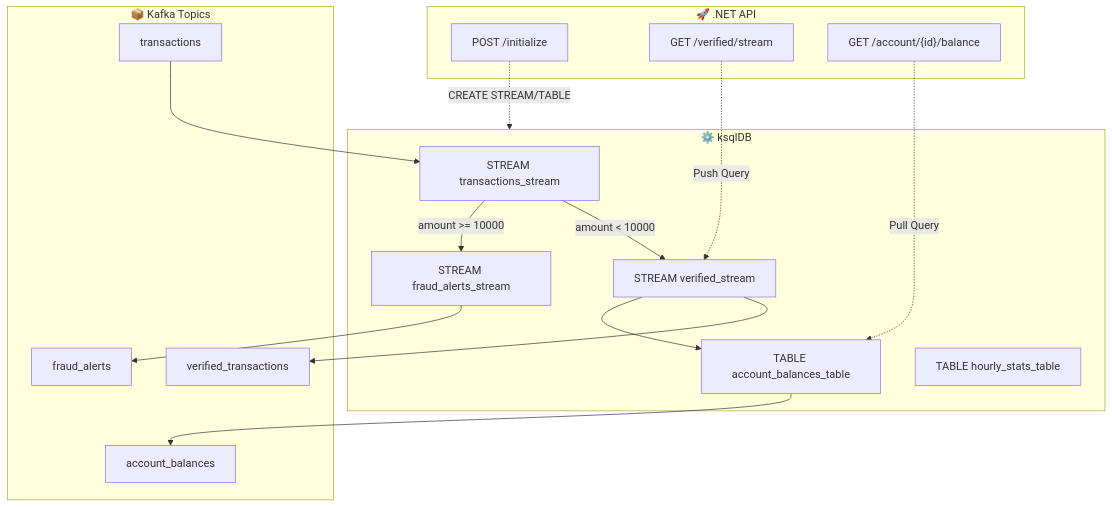
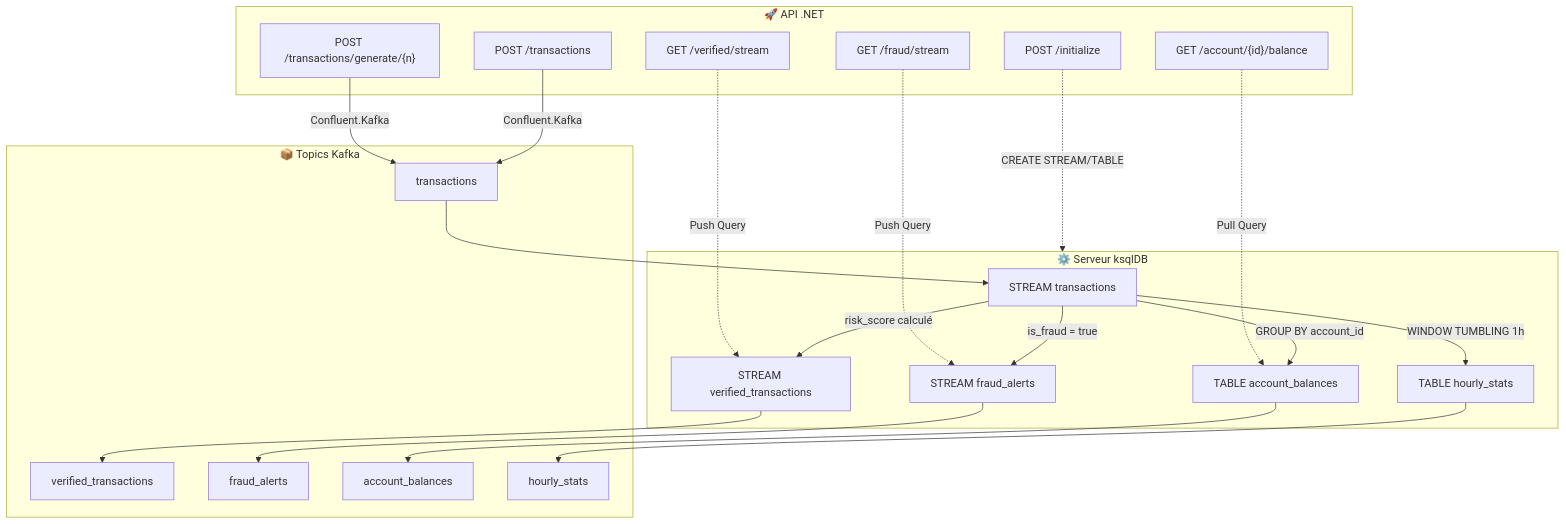
Before and after one commit to msellamiTN/formation--kafka-dotnet: the diagram in day-03-integration/module-05-kafka-streams-ksqldb/dotnet/BankingKsqlDBLab/README.md, drawn with Mermaid. The commit also changed other lines of this file and 8 other files, not shown here.

````diff
--- a/day-03-integration/module-05-kafka-streams-ksqldb/dotnet/BankingKsqlDBLab/README.md
+++ b/day-03-integration/module-05-kafka-streams-ksqldb/dotnet/BankingKsqlDBLab/README.md
@@ -219,32 +53,40 @@
 ```mermaid
 flowchart TB
-    subgraph Kafka["📦 Kafka Topics"]
+    subgraph Kafka["📦 Topics Kafka"]
         T["transactions"]
         VT["verified_transactions"]
         FA["fraud_alerts"]
         AB["account_balances"]
+        HS["hourly_stats"]
     end
 
-    subgraph KsqlDB["⚙️ ksqlDB"]
-        S1["STREAM transactions_stream"]
-        S2["STREAM verified_stream"]
-        S3["STREAM fraud_alerts_stream"]
-        T1["TABLE account_balances_table"]
-        T2["TABLE hourly_stats_table"]
+    subgraph KsqlDB["⚙️ Serveur ksqlDB"]
+        S1["STREAM transactions"]
+        S2["STREAM verified_transactions"]
+        S3["STREAM fraud_alerts"]
+        T1["TABLE account_balances"]
+        T2["TABLE hourly_stats"]
     end
 
-    subgraph API["🚀 .NET API"]
+    subgraph API["🚀 API .NET"]
         INIT["POST /initialize"]
-        PUSH["GET /verified/stream"]
+        PROD["POST /transactions"]
+        GEN["POST /transactions/generate/{n}"]
+        PUSH1["GET /verified/stream"]
+        PUSH2["GET /fraud/stream"]
         PULL["GET /account/{id}/balance"]
     end
 
+    PROD -->|"Confluent.Kafka"| T
+    GEN -->|"Confluent.Kafka"| T
     T --> S1
-    S1 -->|"amount < 10000"| S2 --> VT
-    S1 -->|"amount >= 10000"| S3 --> FA
-    S2 --> T1 --> AB
+    S1 -->|"risk_score calculé"| S2 --> VT
+    S1 -->|"is_fraud = true"| S3 --> FA
+    S1 -->|"GROUP BY account_id"| T1 --> AB
+    S1 -->|"WINDOW TUMBLING 1h"| T2 --> HS
 
     INIT -.->|"CREATE STREAM/TABLE"| KsqlDB
-    PUSH -.->|"Push Query"| S2
+    PUSH1 -.->|"Push Query"| S2
+    PUSH2 -.->|"Push Query"| S3
     PULL -.->|"Pull Query"| T1
 ```
````
